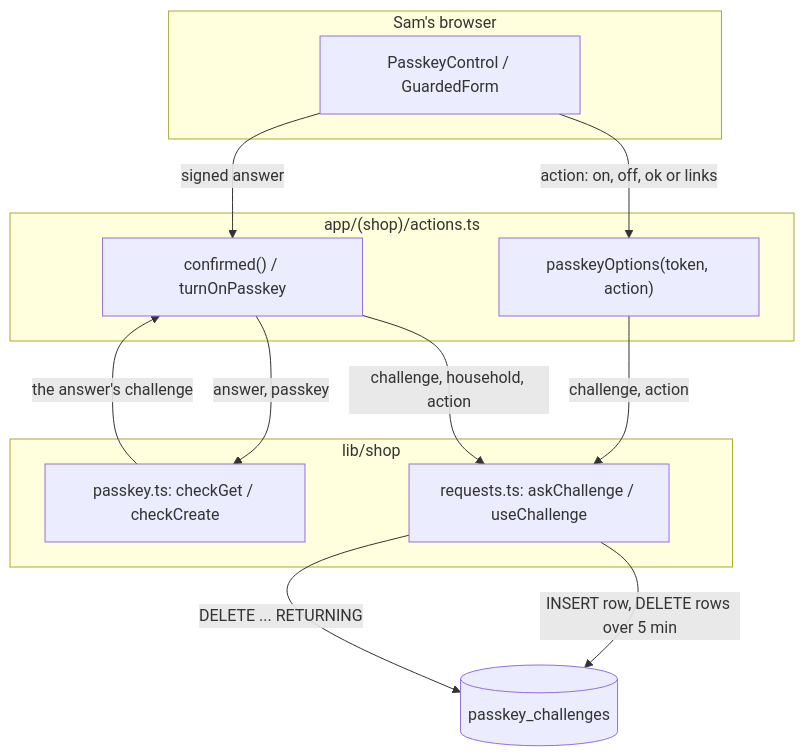
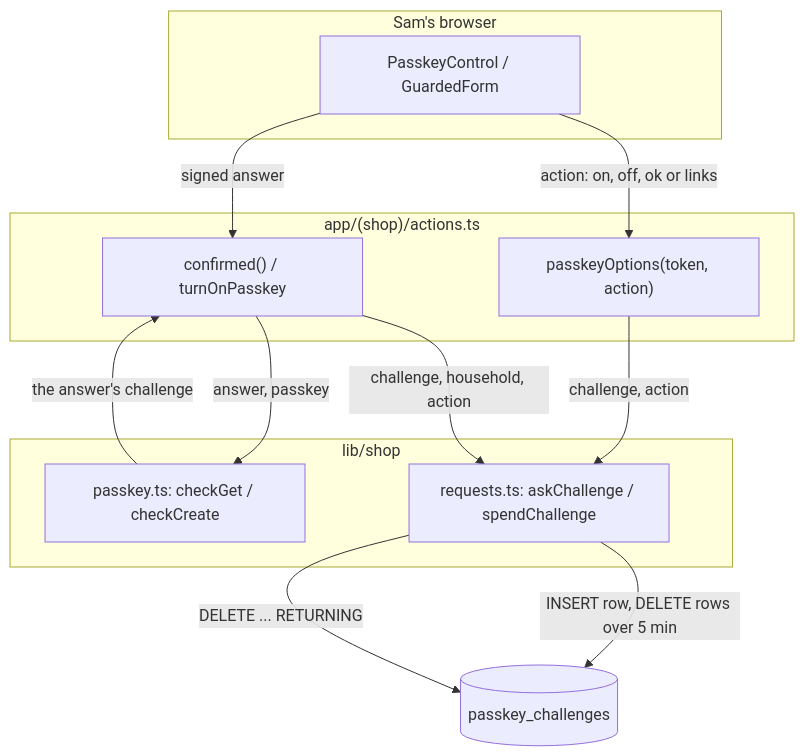
The third of 5 diagrams in docs/specs/passkey-one-time-challenge.md (dzaffren/kincart), drawn with Mermaid before and after one commit. The commit also changed other lines of this file and 11 other files, not shown here.

First line of the commit message:
fix(shop): spend each passkey challenge once, for one action

````diff
--- a/docs/specs/passkey-one-time-challenge.md
+++ b/docs/specs/passkey-one-time-challenge.md
@@ -99,23 +99,23 @@
 ```mermaid
 flowchart TB
     subgraph browser["Sam's browser"]
         PC["PasskeyControl / GuardedForm"]
     end
     subgraph server["app/(shop)/actions.ts"]
         PO["passkeyOptions(token, action)"]
         CF["confirmed() / turnOnPasskey"]
     end
     subgraph lib["lib/shop"]
         PK["passkey.ts: checkGet / checkCreate"]
-        RQ["requests.ts: askChallenge / useChallenge"]
+        RQ["requests.ts: askChallenge / spendChallenge"]
     end
     DB[("passkey_challenges")]
     PC -- "action: on, off, ok or links" --> PO
     PO -- "challenge, action" --> RQ
     RQ -- "INSERT row, DELETE rows over 5 min" --> DB
     PC -- "signed answer" --> CF
     CF -- "answer, passkey" --> PK
     PK -- "the answer's challenge" --> CF
     CF -- "challenge, household, action" --> RQ
     RQ -- "DELETE ... RETURNING" --> DB
 ```
````
